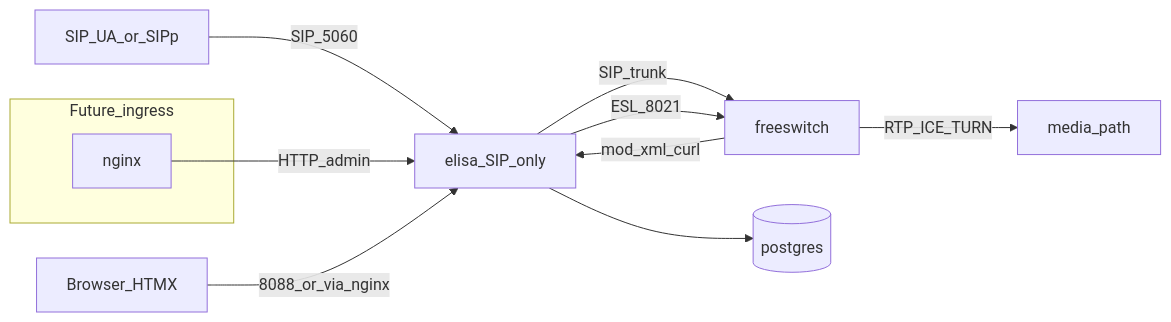
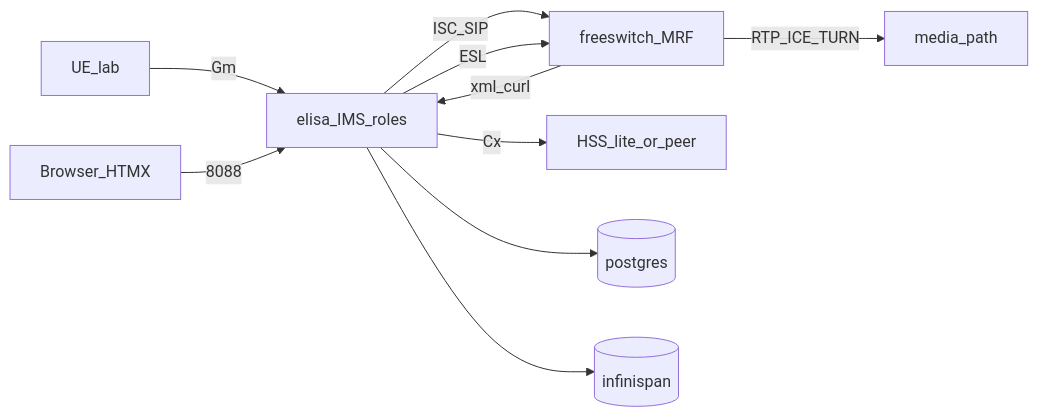
The diagram in docs/agents/architecture.md (nhanth87/sip-freeswitch), drawn with Mermaid before and after one commit. The commit also changed other lines of this file and 32 other files, not shown here.

First line of the commit message:
Pivot Elisa to feature-flagged lab IMS Core (P/I/S-CSCF + HSS-lite).

````diff
--- a/docs/agents/architecture.md
+++ b/docs/agents/architecture.md
@@ -7,14 +7,12 @@
 ```mermaid
 flowchart LR
-  subgraph ingress [Future_ingress]
-    NGX[nginx]
-  end
-  UA[SIP_UA_or_SIPp] -->|SIP_5060| Elisa[elisa_SIP_only]
-  NGX -->|HTTP_admin| Elisa
-  Elisa -->|SIP_trunk| FS[freeswitch]
+  UE[UE_lab] -->|Gm| Elisa[elisa_IMS_roles]
+  Elisa -->|ISC_SIP| FS[freeswitch_MRF]
+  Elisa -->|ESL| FS
+  Elisa -->|Cx| HSS[HSS_lite_or_peer]
   FS -->|RTP_ICE_TURN| Media[media_path]
-  Elisa -->|ESL_8021| FS
-  FS -->|mod_xml_curl| Elisa
+  FS -->|xml_curl| Elisa
   Elisa --> PG[(postgres)]
-  Admin[Browser_HTMX] -->|8088_or_via_nginx| Elisa
+  Elisa --> ISPN[(infinispan)]
+  Admin[Browser_HTMX] -->|8088| Elisa
 ```
````
